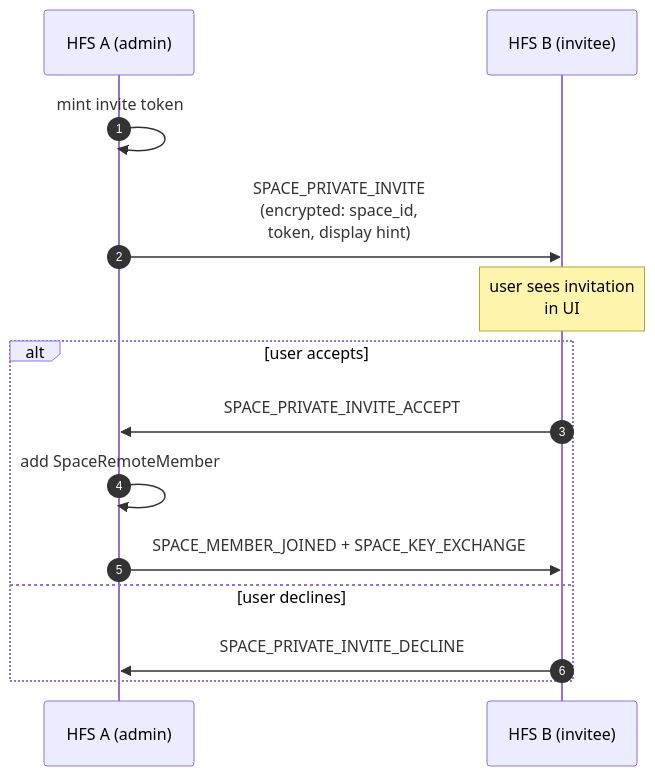
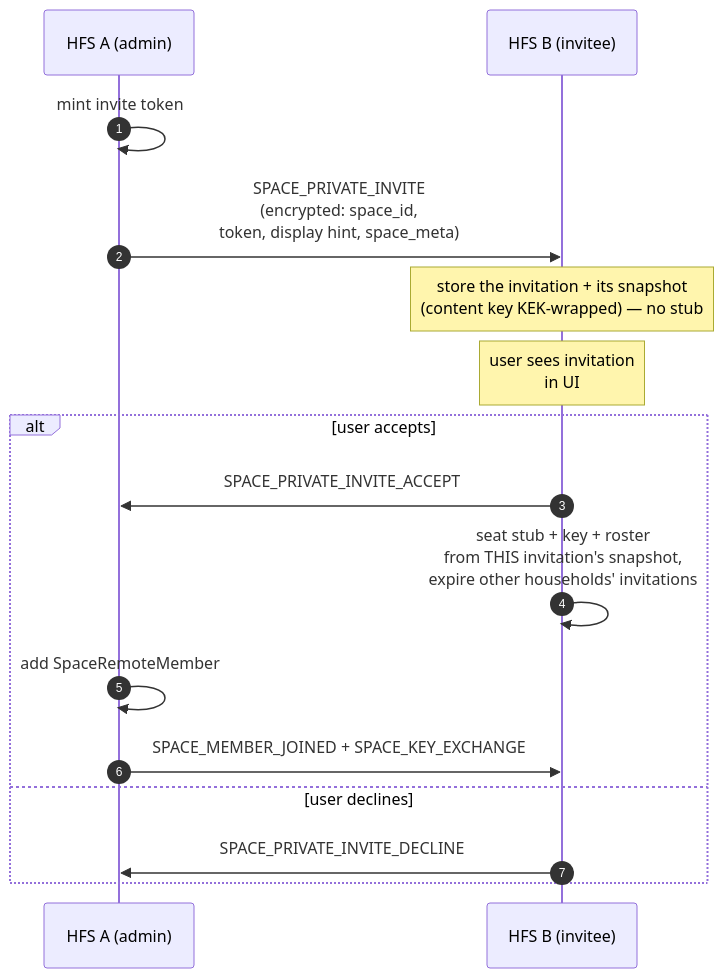
One commit to social-home-io/socialhome changed the sixth of 7 diagrams in docs/protocol/invites.md. Above: the diagram before and after it, drawn with Mermaid. The commit also changed other lines of this file and 23 other files, not shown here.

````diff
--- a/docs/protocol/invites.md
+++ b/docs/protocol/invites.md
@@ -1347,16 +1347,18 @@
 ```mermaid
 sequenceDiagram
     autonumber
     participant A as HFS A (admin)
     participant B as HFS B (invitee)
     A->>A: mint invite token
-    A->>B: SPACE_PRIVATE_INVITE<br/>(encrypted: space_id,<br/>token, display hint)
+    A->>B: SPACE_PRIVATE_INVITE<br/>(encrypted: space_id,<br/>token, display hint, space_meta)
+    Note over B: store the invitation + its snapshot<br/>(content key KEK-wrapped) — no stub
     Note over B: user sees invitation<br/>in UI
     alt user accepts
         B->>A: SPACE_PRIVATE_INVITE_ACCEPT
+        B->>B: seat stub + key + roster<br/>from THIS invitation's snapshot,<br/>expire other households' invitations
         A->>A: add SpaceRemoteMember
         A->>B: SPACE_MEMBER_JOINED + SPACE_KEY_EXCHANGE
     else user declines
         B->>A: SPACE_PRIVATE_INVITE_DECLINE
     end
 ```
````
